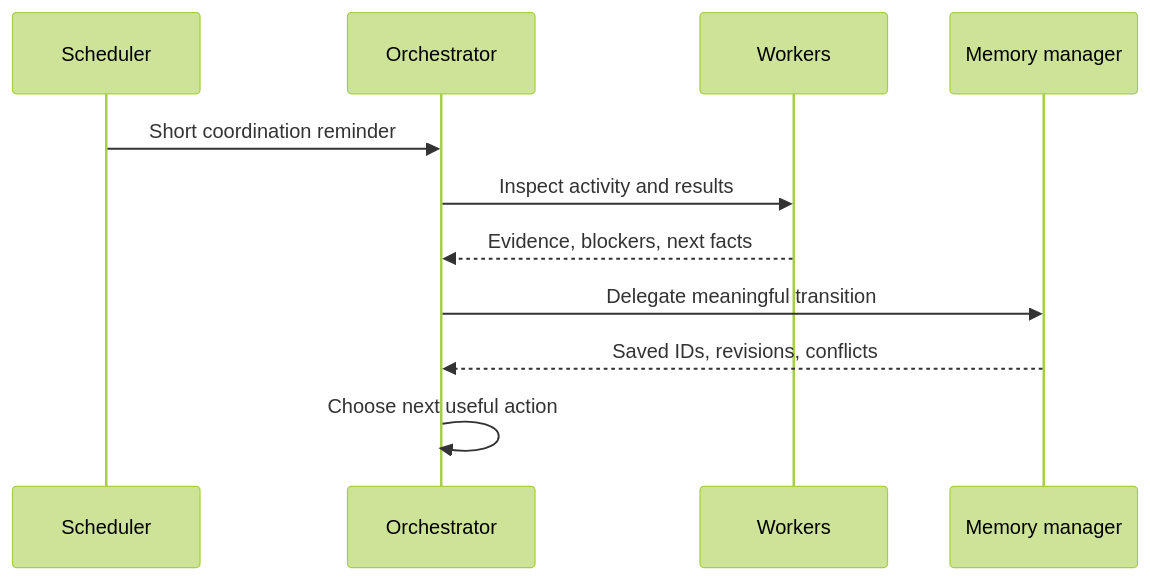
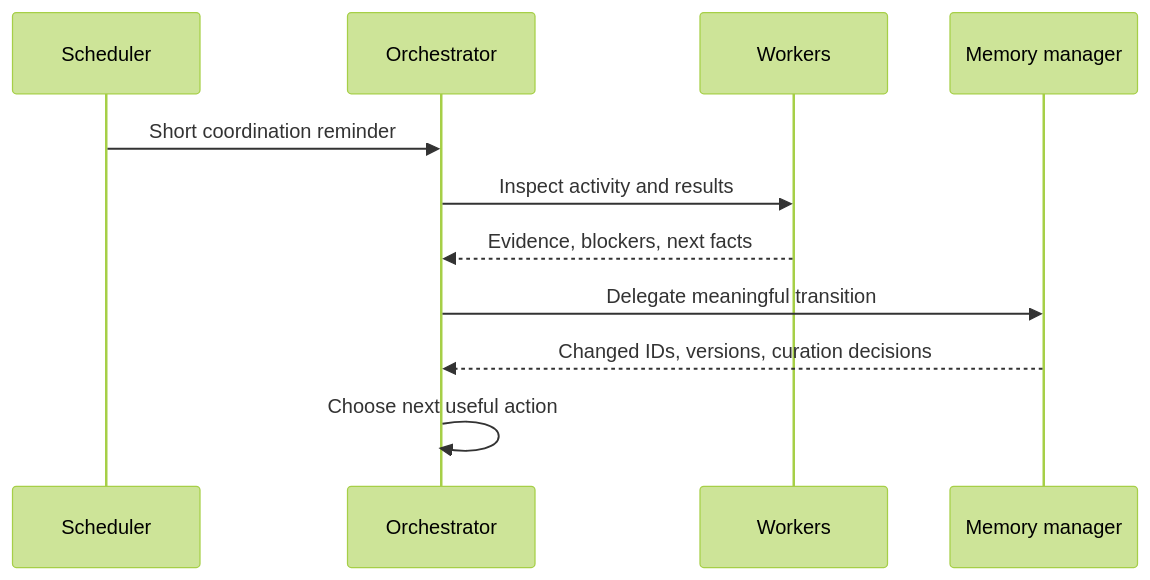
Before and after one commit to smartfrog/opencode-froggy: the fifth of 5 diagrams in docs/orchestration.md, drawn with Mermaid (forest theme). The commit also changed 37 other files, not shown here.

````diff
--- a/docs/orchestration.md
+++ b/docs/orchestration.md
@@ -184,13 +184,13 @@
 ```mermaid
 sequenceDiagram
     participant Timer as Scheduler
     participant O as Orchestrator
     participant W as Workers
     participant M as Memory manager
     Timer->>O: Short coordination reminder
     O->>W: Inspect activity and results
     W-->>O: Evidence, blockers, next facts
     O->>M: Delegate meaningful transition
-    M-->>O: Saved IDs, revisions, conflicts
+    M-->>O: Changed IDs, versions, curation decisions
     O->>O: Choose next useful action
 ```
````
